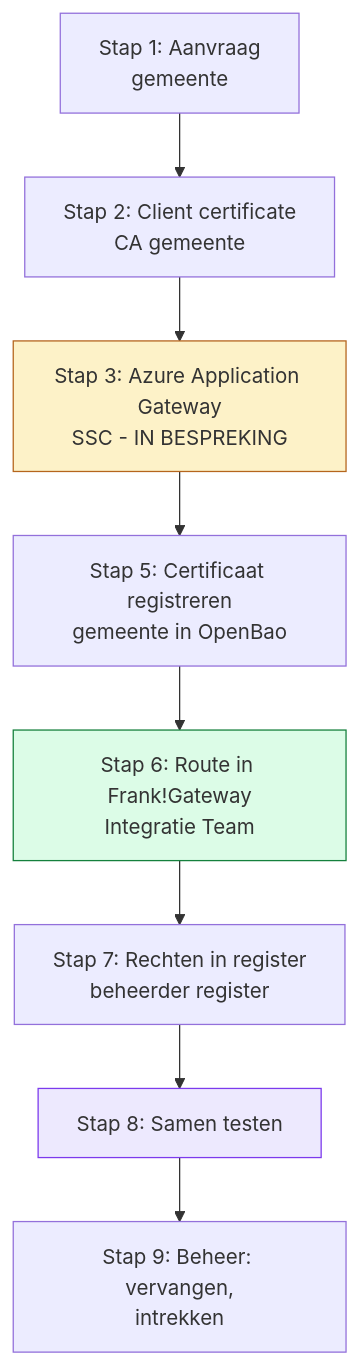
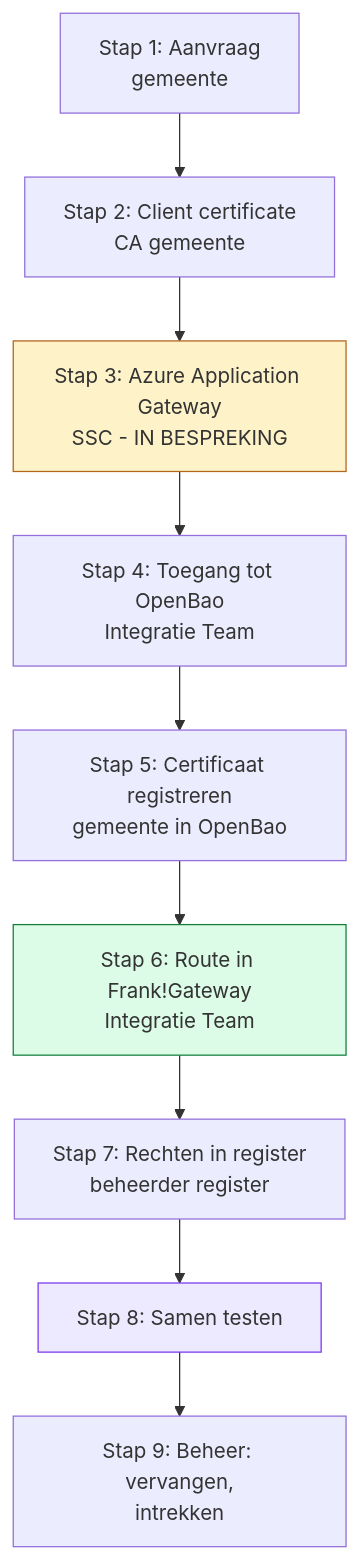
The second of 3 diagrams in charts/podiumd/docs/apps/frankgateway/frankgateway-tsa-setup-and-flow-NL.md (Dimpact-Samenwerking/helm-charts), drawn with Mermaid before and after one commit.

Commit message:
Potential fix for pull request finding 'Add the missing step 4 diagram node and edge'

````diff
--- a/charts/podiumd/docs/apps/frankgateway/frankgateway-tsa-setup-and-flow-NL.md
+++ b/charts/podiumd/docs/apps/frankgateway/frankgateway-tsa-setup-and-flow-NL.md
@@ -95,15 +95,16 @@
 ```mermaid
 flowchart TB
   s1["Stap 1: Aanvraag<br/>gemeente"]
   s2["Stap 2: Client certificate<br/>CA gemeente"]
   s3["Stap 3: Azure Application Gateway<br/>SSC - IN BESPREKING"]
+  s4["Stap 4: Toegang tot OpenBao<br/>Integratie Team"]
   s5["Stap 5: Certificaat registreren<br/>gemeente in OpenBao"]
   s6["Stap 6: Route in Frank!Gateway<br/>Integratie Team"]
   s7["Stap 7: Rechten in register<br/>beheerder register"]
   s8["Stap 8: Samen testen"]
   s9["Stap 9: Beheer: vervangen,<br/>intrekken"]
-  s1 --> s2 --> s3 --> s5 --> s6 --> s7 --> s8 --> s9
+  s1 --> s2 --> s3 --> s4 --> s5 --> s6 --> s7 --> s8 --> s9
   style s3 fill:#fdf2c8,stroke:#b5651d
   style s6 fill:#dcfce7,stroke:#15803d
   style s8 fill:#ede9fe,stroke:#7c3aed
 ```
````
